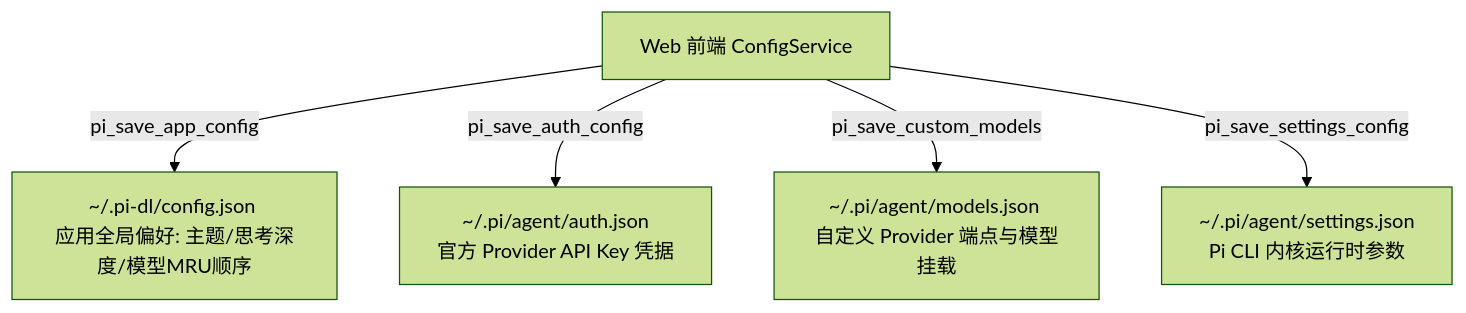
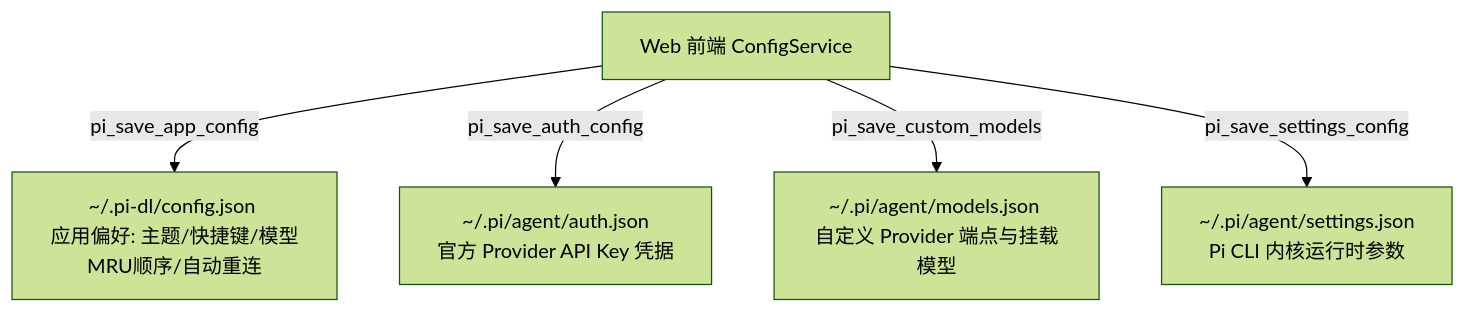
The diagram in .agents/skills/settings-view-pattern/SKILL.md (jiangyinluwei/pi-desktop-lite), drawn with Mermaid (forest theme) before and after one commit. The commit also changed other lines of this file and 18 other files, not shown here.

````diff
--- a/.agents/skills/settings-view-pattern/SKILL.md
+++ b/.agents/skills/settings-view-pattern/SKILL.md
@@ -106,7 +28,7 @@
 ```mermaid
 graph TD
-    UI[Web 前端 ConfigService] -->|pi_save_app_config| AppConf[~/.pi-dl/config.json <br/>应用全局偏好: 主题/思考深度/模型MRU顺序]
+    UI[Web 前端 ConfigService] -->|pi_save_app_config| AppConf[~/.pi-dl/config.json <br/>应用偏好: 主题/快捷键/模型MRU顺序/自动重连]
     UI -->|pi_save_auth_config| AuthConf[~/.pi/agent/auth.json <br/>官方 Provider API Key 凭据]
-    UI -->|pi_save_custom_models| ModelsConf[~/.pi/agent/models.json <br/>自定义 Provider 端点与模型挂载]
+    UI -->|pi_save_custom_models| ModelsConf[~/.pi/agent/models.json <br/>自定义 Provider 端点与挂载模型]
     UI -->|pi_save_settings_config| SettingsConf[~/.pi/agent/settings.json <br/>Pi CLI 内核运行时参数]
 ```
````
